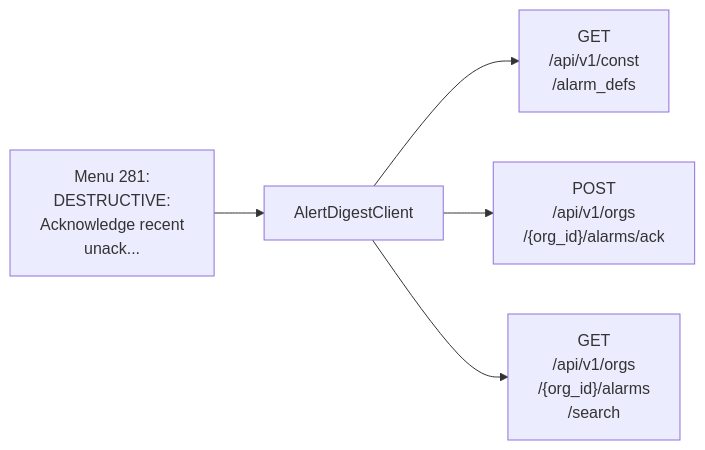
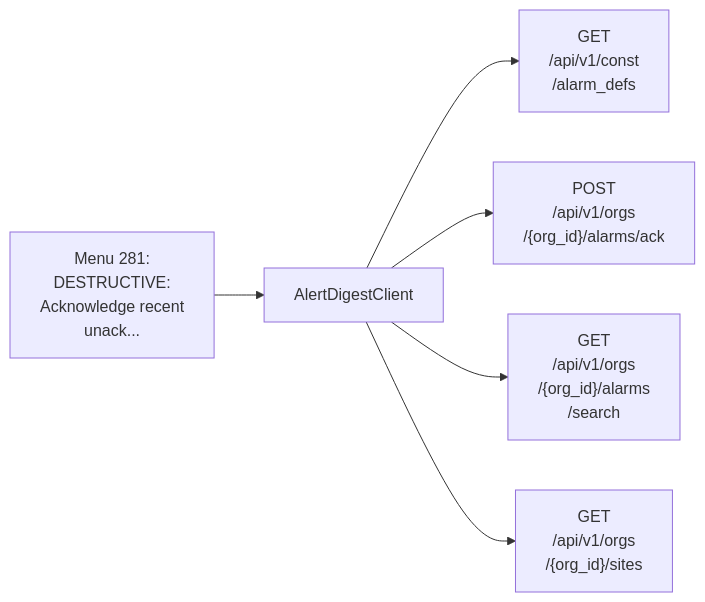
Diagram 28 of 31 in documentation/menu-api/destructive.md (jmorrison-juniper/MistHelper), drawn with Mermaid before and after one commit. The commit also changed other lines of this file and 7 other files, not shown here.

````diff
--- a/documentation/menu-api/destructive.md
+++ b/documentation/menu-api/destructive.md
@@ -989,8 +989,9 @@
 ```mermaid
 flowchart LR
     menu["Menu 281:<br/>DESTRUCTIVE:<br/>Acknowledge recent<br/>unack..."]
     menu --> c1["AlertDigestClient"]
     c1 --> e1["GET<br/>/api/v1/const<br/>/alarm_defs"]
     c1 --> e2["POST<br/>/api/v1/orgs<br/>/{org_id}/alarms/ack"]
     c1 --> e3["GET<br/>/api/v1/orgs<br/>/{org_id}/alarms<br/>/search"]
+    c1 --> e4["GET<br/>/api/v1/orgs<br/>/{org_id}/sites"]
 ```
````
